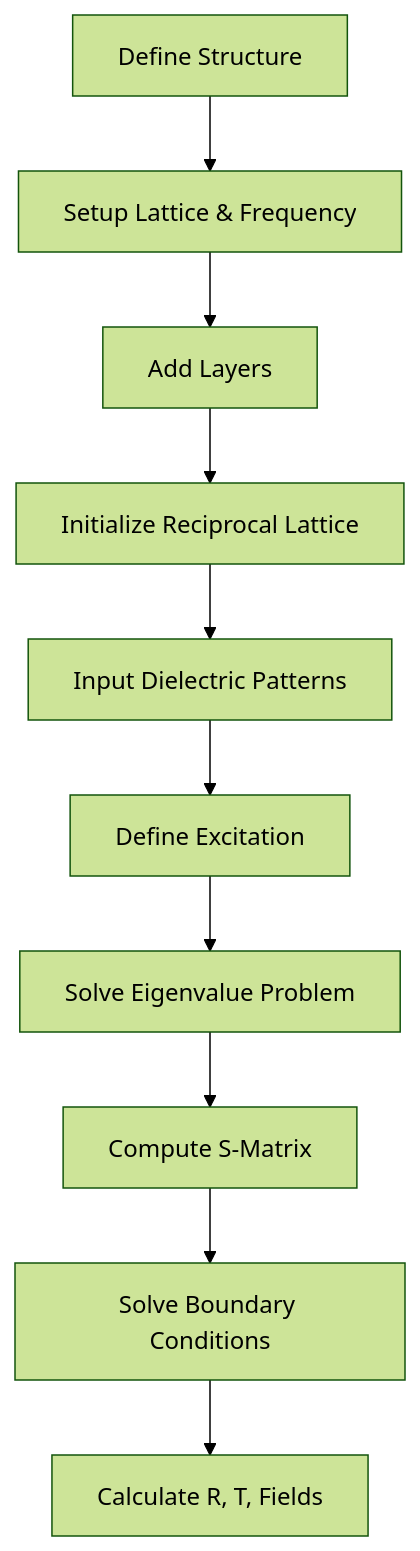
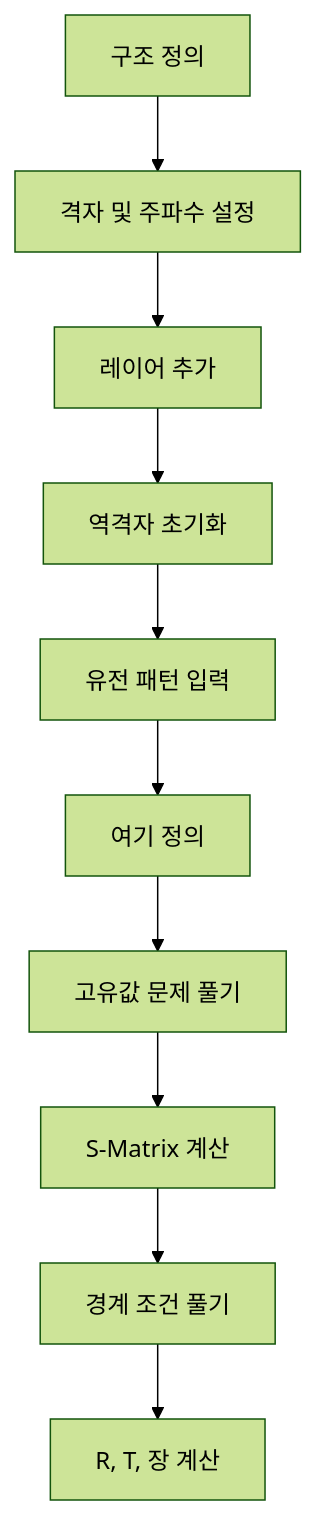
The diagram in docs_mkdocs/introduction.md (geniuskey/grcwa), drawn with Mermaid (forest theme) before and after one commit. The commit also changed other lines of this file and 2 other files, not shown here.

````diff
--- a/docs_mkdocs/introduction.md
+++ b/docs_mkdocs/introduction.md
@@ -166,12 +166,12 @@
 ```mermaid
 graph TD
-    A[Define Structure] --> B[Setup Lattice & Frequency]
-    B --> C[Add Layers]
-    C --> D[Initialize Reciprocal Lattice]
-    D --> E[Input Dielectric Patterns]
-    E --> F[Define Excitation]
-    F --> G[Solve Eigenvalue Problem]
-    G --> H[Compute S-Matrix]
-    H --> I[Solve Boundary Conditions]
-    I --> J[Calculate R, T, Fields]
+    A[구조 정의] --> B[격자 및 주파수 설정]
+    B --> C[레이어 추가]
+    C --> D[역격자 초기화]
+    D --> E[유전 패턴 입력]
+    E --> F[여기 정의]
+    F --> G[고유값 문제 풀기]
+    G --> H[S-Matrix 계산]
+    H --> I[경계 조건 풀기]
+    I --> J[R, T, 장 계산]
 ```
````
